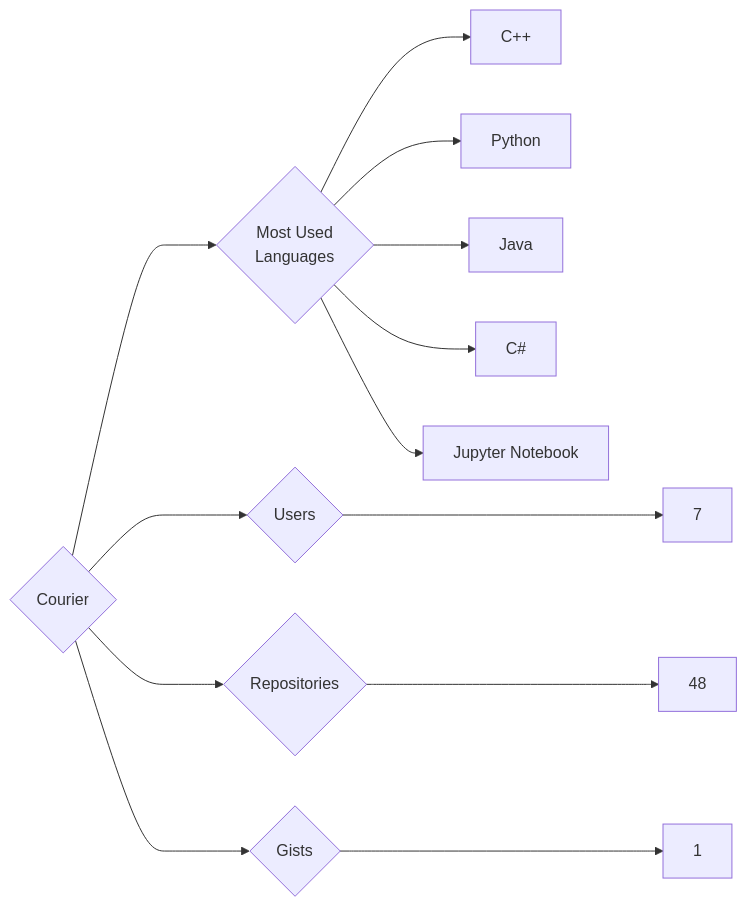
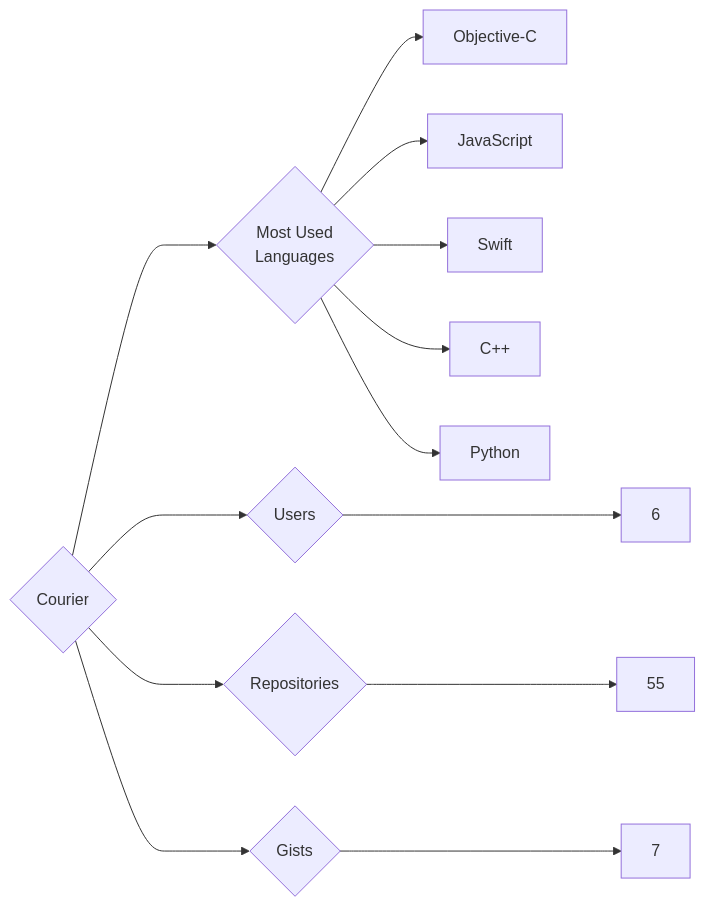
One commit to trickest/insiders changed the diagram in targets/Courier/README.md. Above: the diagram before and after it, drawn with Mermaid. The commit also changed 1020 other files, not shown here.

````diff
--- a/targets/Courier/README.md
+++ b/targets/Courier/README.md
@@ -3,13 +3,13 @@
 ```mermaid
 graph LR
 COMPANY_NAME{Courier}
-COMPANY_NAME ---> U{Users} ---> UN[7]
-COMPANY_NAME ---> R{Repositories} ---> RN[48]
-COMPANY_NAME ---> G{Gists} ---> GN[1]
+COMPANY_NAME ---> U{Users} ---> UN[6]
+COMPANY_NAME ---> R{Repositories} ---> RN[55]
+COMPANY_NAME ---> G{Gists} ---> GN[7]
 COMPANY_NAME ---> ML{Most Used<br>Languages}
+ML --> Objective-C[Objective-C]
+ML --> JavaScript[JavaScript]
+ML --> Swift[Swift]
 ML --> C++[C++]
 ML --> Python[Python]
-ML --> Java[Java]
-ML --> C#[C#]
-ML --> Jupyter_Notebook[Jupyter Notebook]
 ```
````
